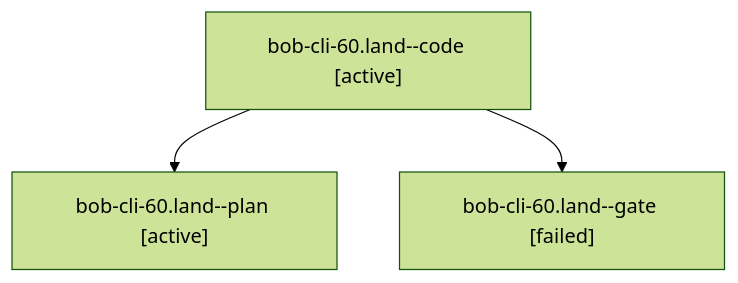
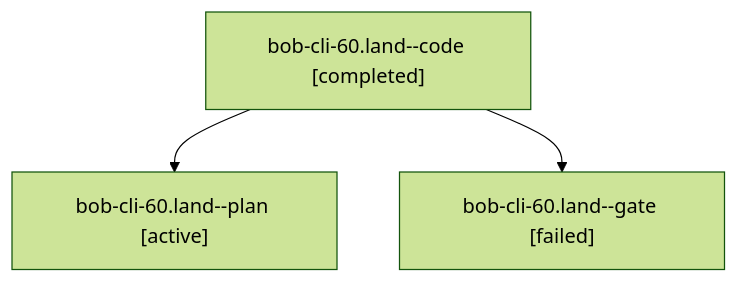
One commit to bobs-org/bob-cli--agents changed the diagram in sessions/bbugyi200.apollo.bob-cli-60.land.md. Above: the diagram before and after it, drawn with Mermaid (forest theme). The commit also changed other lines of this file and 72 other files, not shown here.

````diff
--- a/sessions/bbugyi200.apollo.bob-cli-60.land.md
+++ b/sessions/bbugyi200.apollo.bob-cli-60.land.md
@@ -9,8 +9,8 @@
 ```mermaid
 flowchart TD
-  n0["bob-cli-60.land--code [active]"]
+  n0["bob-cli-60.land--code [completed]"]
   n1["bob-cli-60.land--plan [active]"]
   n0 --> n1
   n2["bob-cli-60.land--gate [failed]"]
   n0 --> n2
 ```
````
